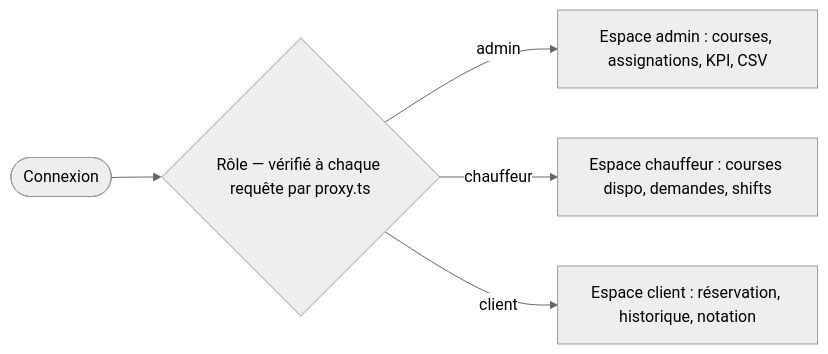
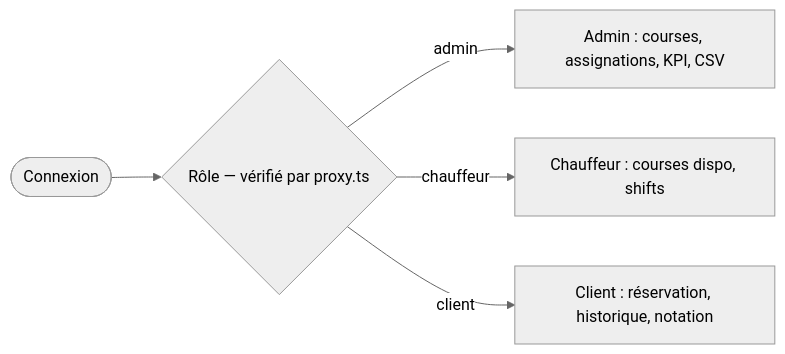
Before and after one commit to Mamoru-fr/AMT-Express: the seventh of 9 diagrams in documents/dossiers/dossierProjet/v1-complet/dossierProjetRNCP.md, drawn with Mermaid (neutral theme). The commit also changed other lines of this file, not shown here.

Commit message:
docs(dossier): passe rendu n°5 — schémas restructurés réellement compacts (caps retirés, plus de coupures), ordre §5.3 chauffeur→clients→états, statut 18/18 retiré, captures navigateur pleine largeur

````diff
--- a/documents/dossiers/dossierProjet/v1-complet/dossierProjetRNCP.md
+++ b/documents/dossiers/dossierProjet/v1-complet/dossierProjetRNCP.md
@@ -485,8 +479,8 @@
 ```mermaid
 %%{init: {"flowchart": {"fontSize": "11px"}}}%%
 flowchart LR
-    C([Connexion]) --> R{"Rôle — vérifié à chaque requête par proxy.ts"}
-    R -- admin --> A["Espace admin : courses, assignations, KPI, CSV"]
-    R -- chauffeur --> Dr["Espace chauffeur : courses dispo, demandes, shifts"]
-    R -- client --> Cu["Espace client : réservation, historique, notation"]
+    C([Connexion]) --> R{"Rôle — vérifié par proxy.ts"}
+    R -- admin --> A["Admin : courses, assignations, KPI, CSV"]
+    R -- chauffeur --> Dr["Chauffeur : courses dispo, shifts"]
+    R -- client --> Cu["Client : réservation, historique, notation"]
 ```
````
